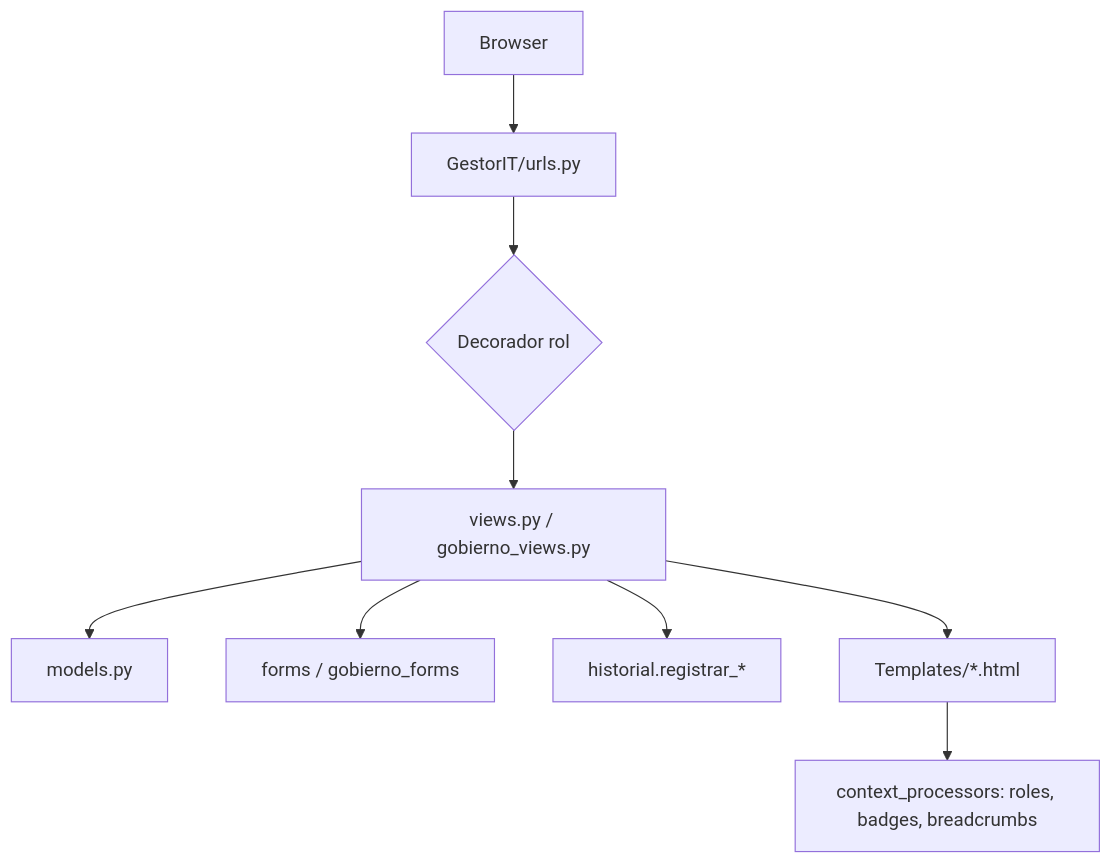
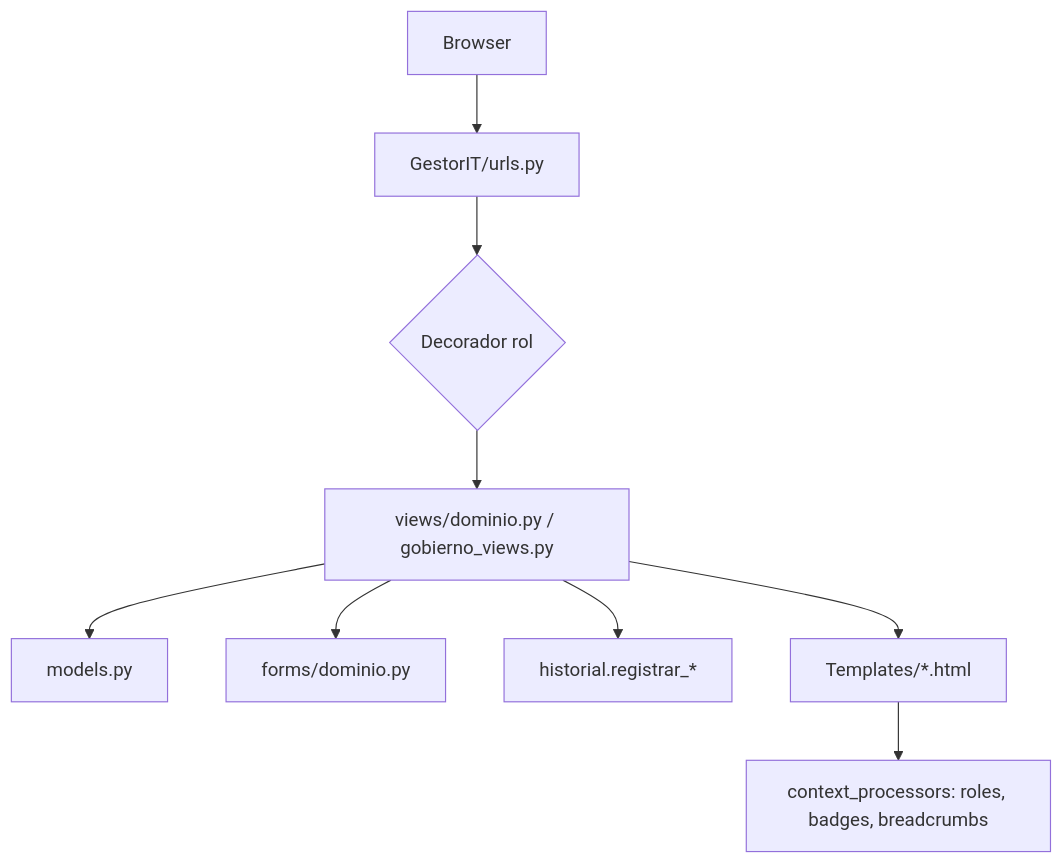
One commit to LaChivaloca69/Sistema-Gestor-IT-R changed the first of 4 diagrams in documentacion/Docs1/MODULOS.md. Above: the diagram before and after it, drawn with Mermaid. The commit also changed other lines of this file and 31 other files, not shown here.

````diff
--- a/documentacion/Docs1/MODULOS.md
+++ b/documentacion/Docs1/MODULOS.md
@@ -84,11 +89,11 @@
 ```mermaid
 flowchart TD
     A[Browser] --> B[GestorIT/urls.py]
     B --> C{Decorador rol}
-    C --> D[views.py / gobierno_views.py]
+    C --> D[views/dominio.py / gobierno_views.py]
     D --> E[models.py]
-    D --> F[forms / gobierno_forms]
+    D --> F[forms/dominio.py]
     D --> G[historial.registrar_*]
     D --> H[Templates/*.html]
     H --> I[context_processors: roles, badges, breadcrumbs]
 ```
````
